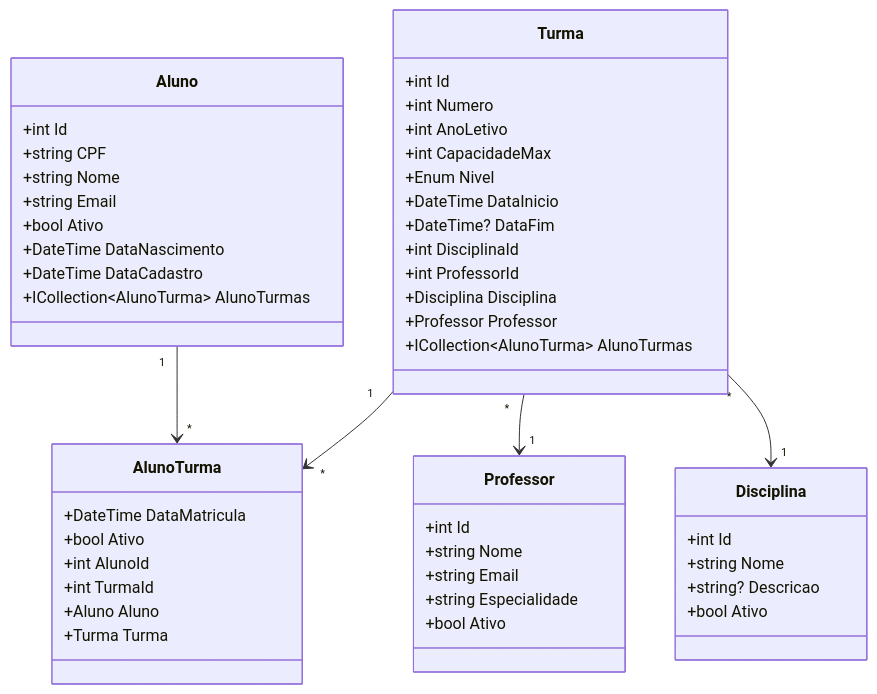
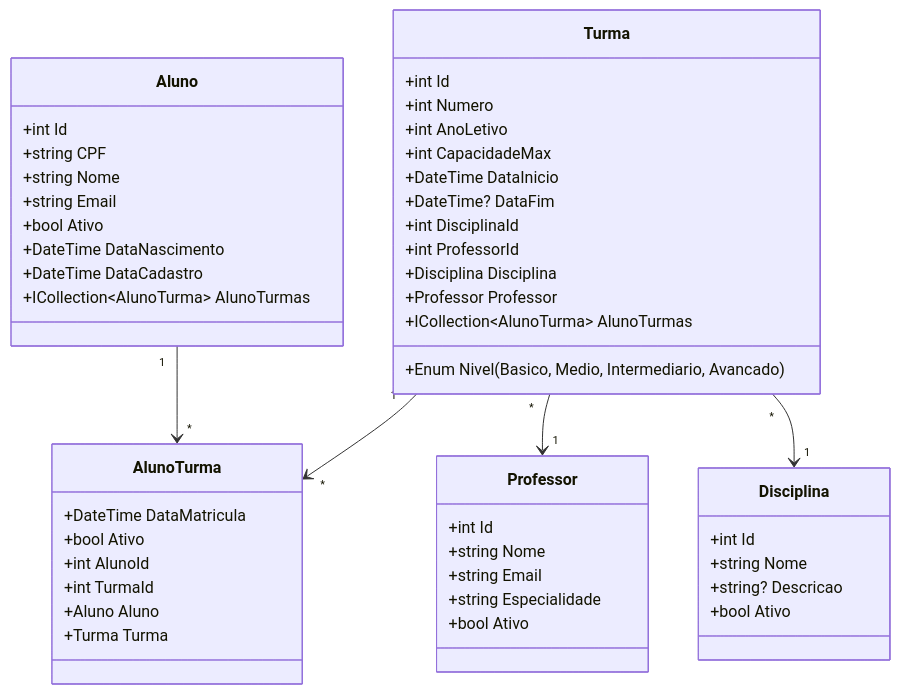
One commit to carlosfelipesantos/SpeakCore changed the diagram in README.md. Above: the diagram before and after it, drawn with Mermaid. The commit also changed other lines of this file, not shown here.

````diff
--- a/README.md
+++ b/README.md
@@ -33,57 +33,57 @@
 ```mermaid
 classDiagram
     class Aluno {
         +int Id
         +string CPF
         +string Nome
         +string Email
         +bool Ativo
         +DateTime DataNascimento
         +DateTime DataCadastro
         +ICollection~AlunoTurma~ AlunoTurmas
     }
 
     class Turma {
         +int Id
         +int Numero
         +int AnoLetivo
         +int CapacidadeMax
-        +Enum Nivel
+        +Enum Nivel (Basico, Medio, Intermediario, Avancado)
         +DateTime DataInicio
         +DateTime? DataFim
         +int DisciplinaId
         +int ProfessorId
         +Disciplina Disciplina
         +Professor Professor
         +ICollection~AlunoTurma~ AlunoTurmas
     }
 
     class Professor {
         +int Id
         +string Nome
         +string Email
         +string Especialidade
         +bool Ativo
     }
 
     class Disciplina {
         +int Id
         +string Nome
         +string? Descricao
         +bool Ativo
     }
 
     class AlunoTurma {
         +DateTime DataMatricula
         +bool Ativo
         +int AlunoId
         +int TurmaId
         +Aluno Aluno
         +Turma Turma
     }
 
     Aluno "1" --> "*" AlunoTurma
     Turma "1" --> "*" AlunoTurma
     Turma "*" --> "1" Professor
     Turma "*" --> "1" Disciplina
 ```
````
